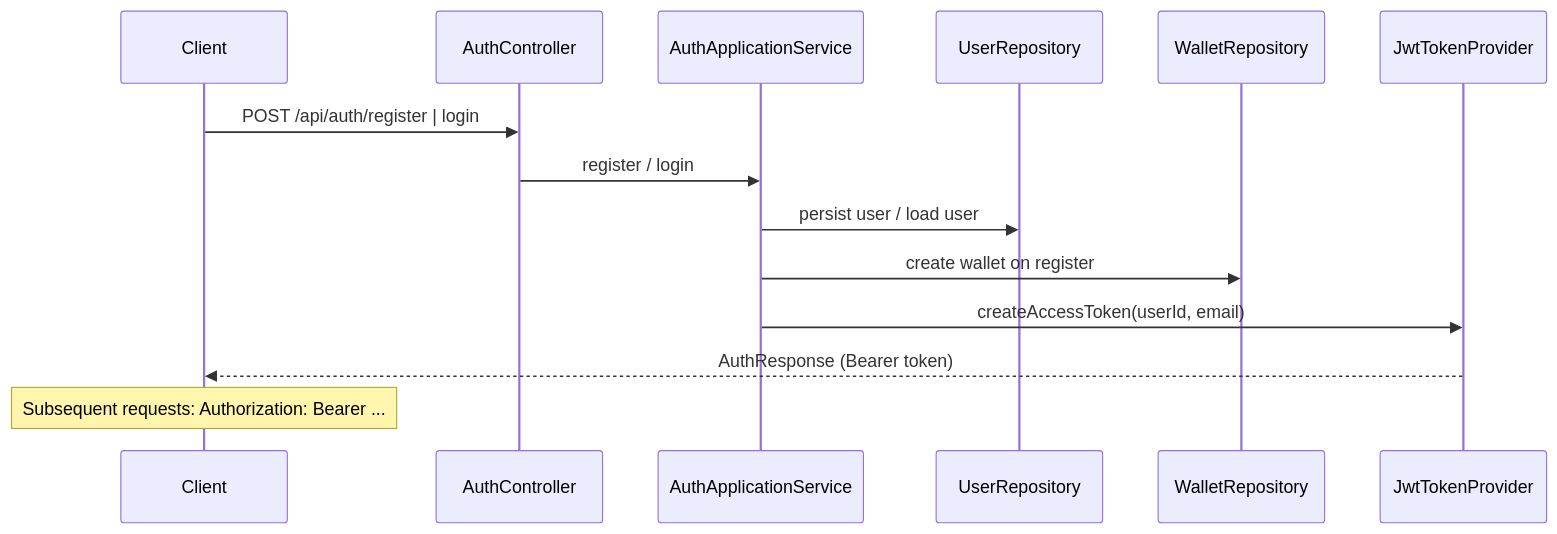
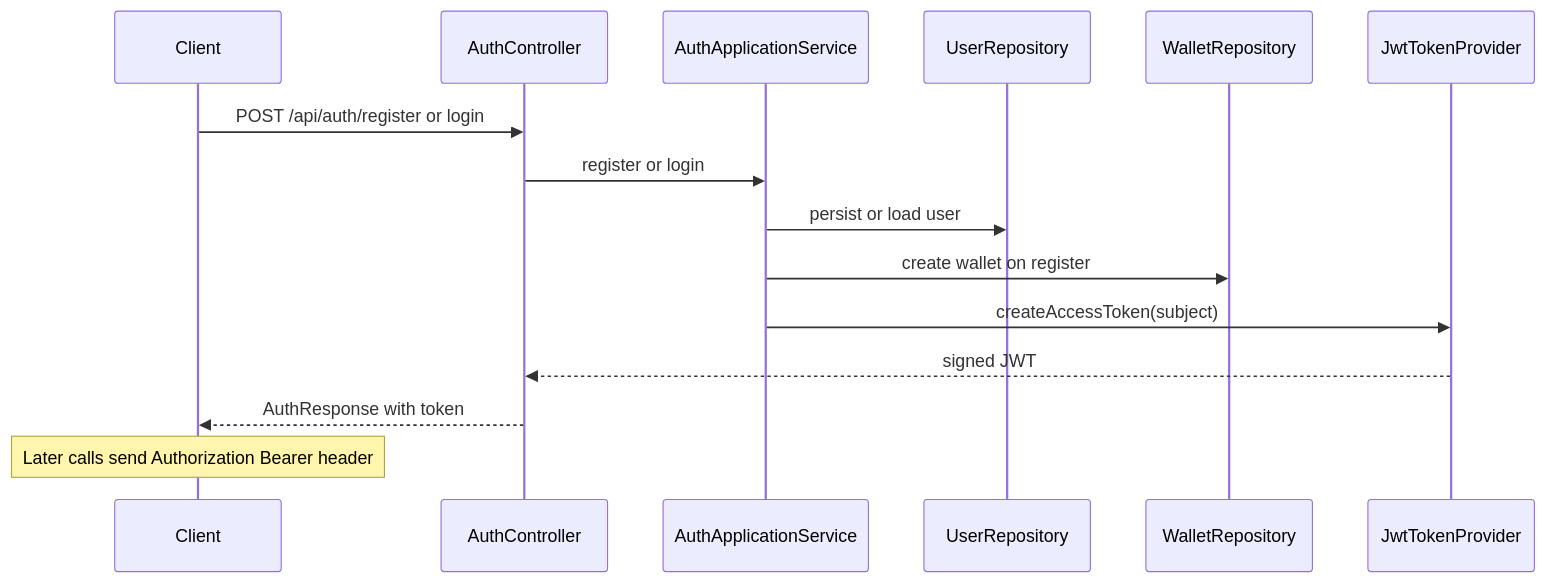
The third of 5 diagrams in docs/ARCHITECTURE.md (saifcores/mini-trading-platfrom), drawn with Mermaid before and after one commit. The commit also changed other lines of this file and 3 other files, not shown here.

First line of the commit message:
chore: backend security, datasource config, and architecture docs

````diff
--- a/docs/ARCHITECTURE.md
+++ b/docs/ARCHITECTURE.md
@@ -130,16 +130,17 @@
 ```mermaid
 sequenceDiagram
   participant C as Client
   participant API as AuthController
   participant S as AuthApplicationService
   participant U as UserRepository
   participant W as WalletRepository
   participant J as JwtTokenProvider
-  C->>API: POST /api/auth/register | login
-  API->>S: register / login
-  S->>U: persist user / load user
+  C->>API: POST /api/auth/register or login
+  API->>S: register or login
+  S->>U: persist or load user
   S->>W: create wallet on register
-  S->>J: createAccessToken(userId, email)
-  J-->>C: AuthResponse (Bearer token)
-  Note over C: Subsequent requests: Authorization: Bearer ...
+  S->>J: createAccessToken(subject)
+  J-->>API: signed JWT
+  API-->>C: AuthResponse with token
+  Note over C: Later calls send Authorization Bearer header
 ```
````
